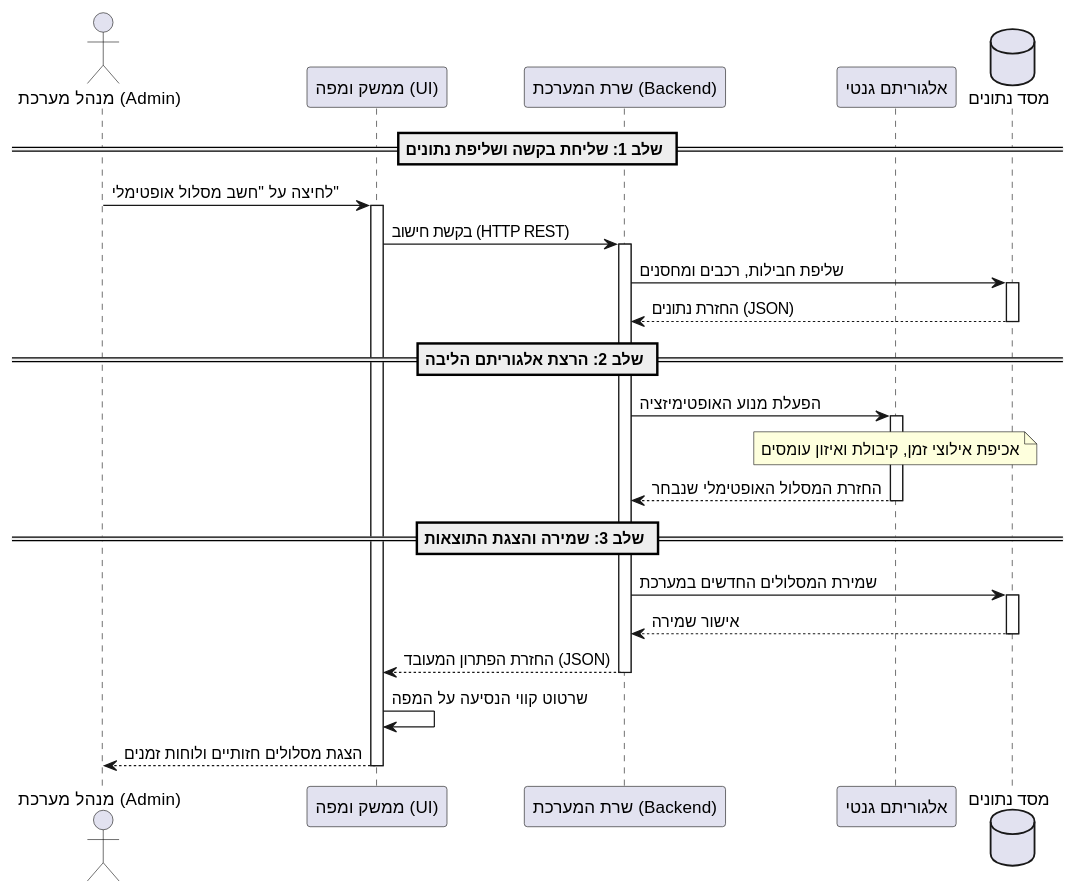
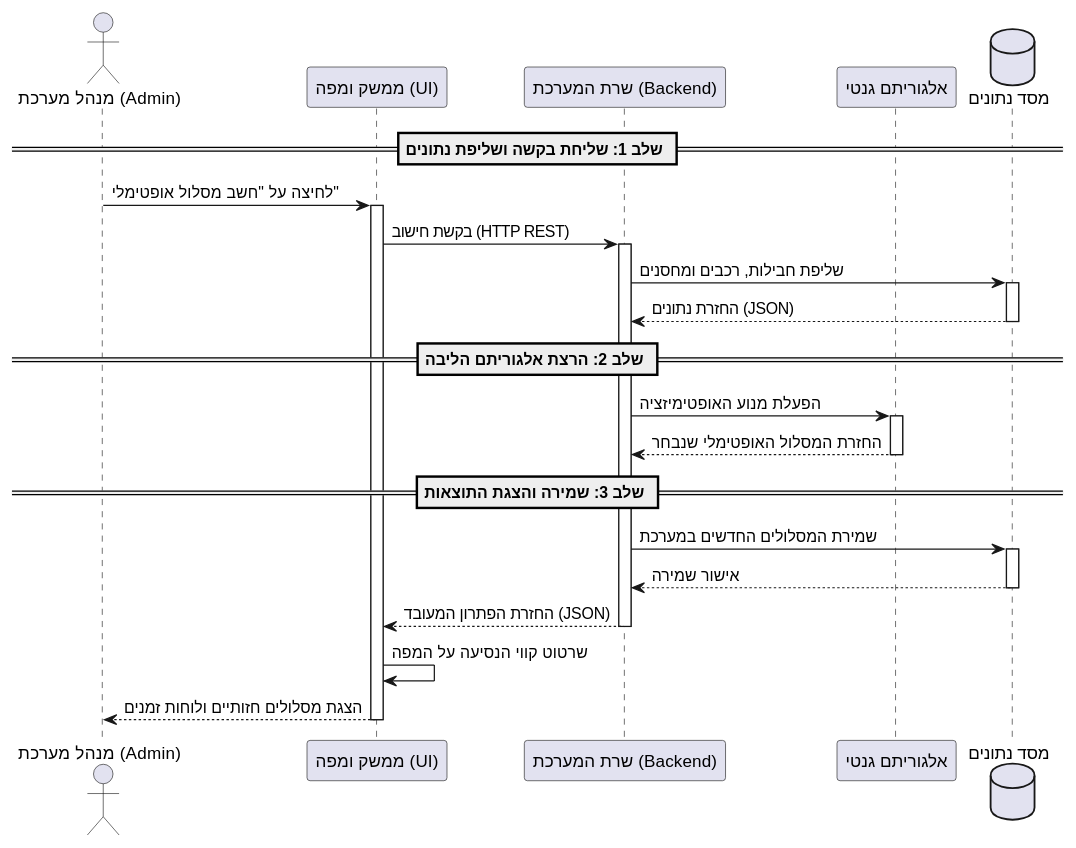
One commit to yahavrabi/smart_delivery_proj changed the diagram in BOOK/uml-diagrams/sequence diagrams/AlgorithmSequenceDiagram.puml. Above: the diagram before and after it, drawn with PlantUML. The commit also changed 14 other files, not shown here.

Commit message:
updated books, UML's and architecture 27/5/2026 15:05

```diff
--- a/BOOK/uml-diagrams/sequence diagrams/AlgorithmSequenceDiagram.puml
+++ b/BOOK/uml-diagrams/sequence diagrams/AlgorithmSequenceDiagram.puml
@@ -1,41 +1,40 @@
 @startuml AlgorithmSequenceDiagram
 
 actor "מנהל מערכת (Admin)" as Admin
 participant "ממשק ומפה (UI)" as FE
 participant "שרת המערכת (Backend)" as BE
 participant "אלגוריתם גנטי" as GA
 database "מסד נתונים" as DB
 
 == שלב 1: שליחת בקשה ושליפת נתונים ==
 Admin -> FE: לחיצה על "חשב מסלול אופטימלי"
 activate FE
 
 FE -> BE: בקשת חישוב (HTTP REST)
 activate BE
 
 BE -> DB: שליפת חבילות, רכבים ומחסנים
 activate DB
 DB --> BE: החזרת נתונים (JSON)
 deactivate DB
 
 == שלב 2: הרצת אלגוריתם הליבה ==
 BE -> GA: הפעלת מנוע האופטימיזציה
 activate GA
-note over GA: אכיפת אילוצי זמן, קיבולת ואיזון עומסים
 GA --> BE: החזרת המסלול האופטימלי שנבחר
 deactivate GA
 
 == שלב 3: שמירה והצגת התוצאות ==
 BE -> DB: שמירת המסלולים החדשים במערכת
 activate DB
 DB --> BE: אישור שמירה
 deactivate DB
 
 BE --> FE: החזרת הפתרון המעובד (JSON)
 deactivate BE
 
 FE -> FE: שרטוט קווי הנסיעה על המפה
 FE --> Admin: הצגת מסלולים חזותיים ולוחות זמנים
 deactivate FE
 
 @enduml
```
